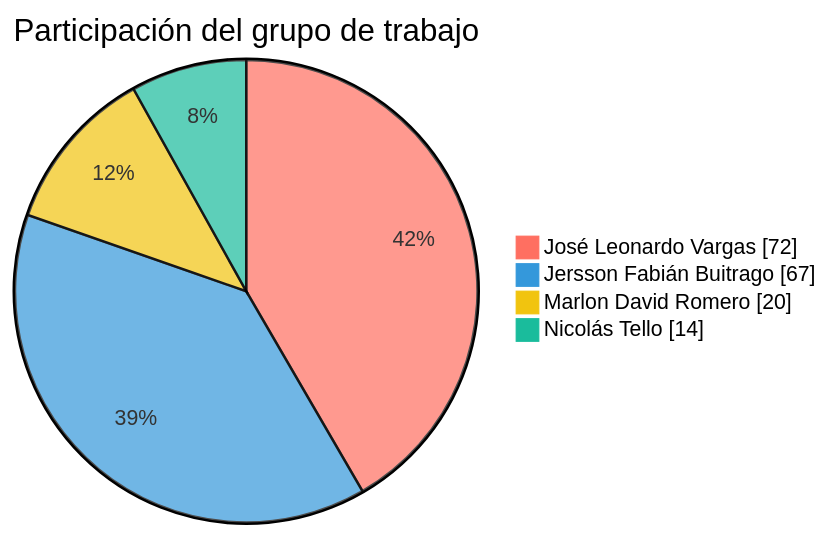
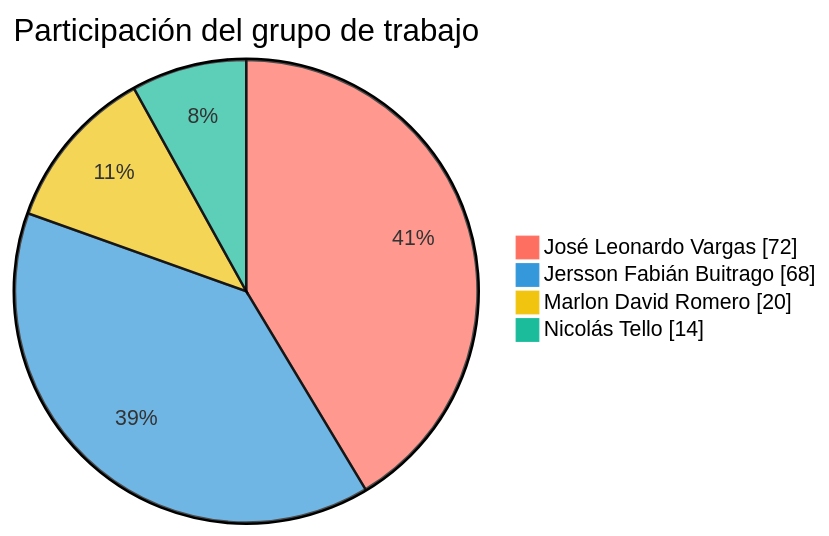
One commit to FarmaExpres/FarmaExpres changed the first of 2 diagrams in README.md. Above: the diagram before and after it, drawn with Mermaid. The commit also changed other lines of this file and 1 other file, not shown here.

````diff
--- a/README.md
+++ b/README.md
@@ -314,9 +314,9 @@
 ```mermaid
 %%{init: {"themeVariables": {"pie1": "#ff6f61", "pie2": "#3498db", "pie3": "#f1c40f", "pie4": "#1abc9c", "pieLabelColor": "#000000", "pieLabelFontSize": "24px"}}}%%
 pie showData
     title Participación del grupo de trabajo
     "José Leonardo Vargas" : 72
-    "Jersson Fabián Buitrago" : 67
+    "Jersson Fabián Buitrago" : 68
     "Marlon David Romero" : 20
     "Nicolás Tello" : 14
 ```
````
